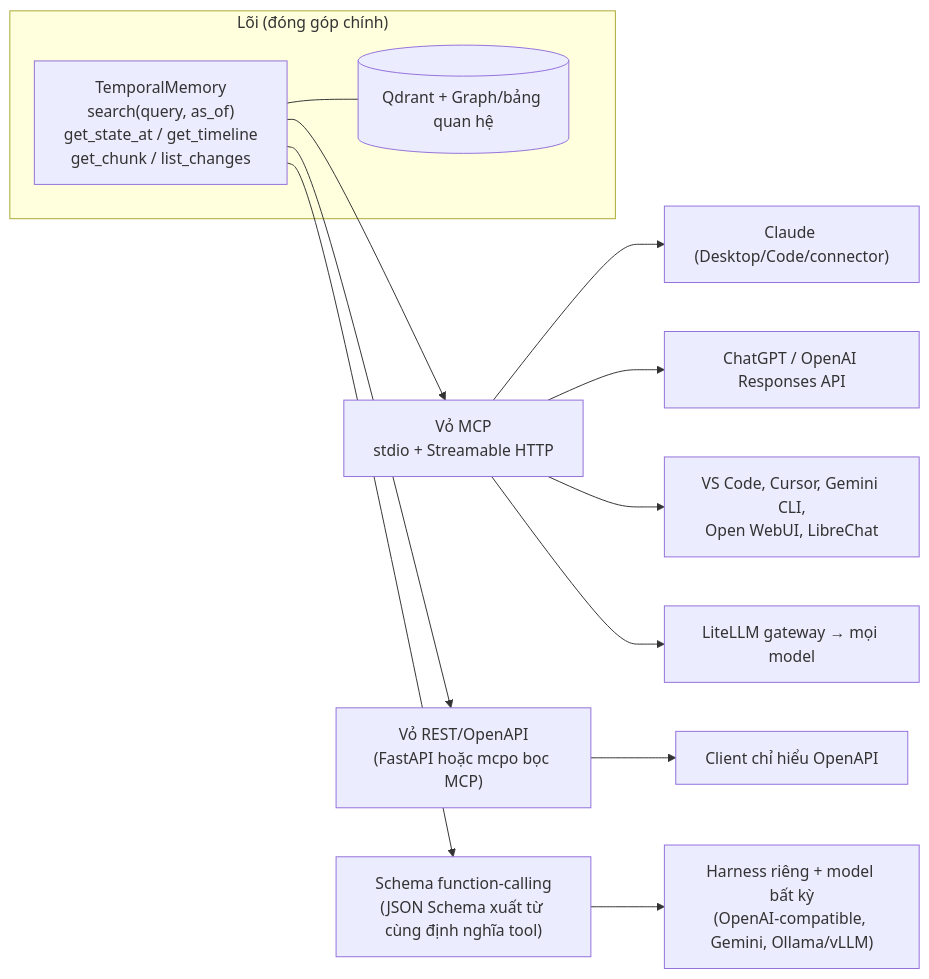
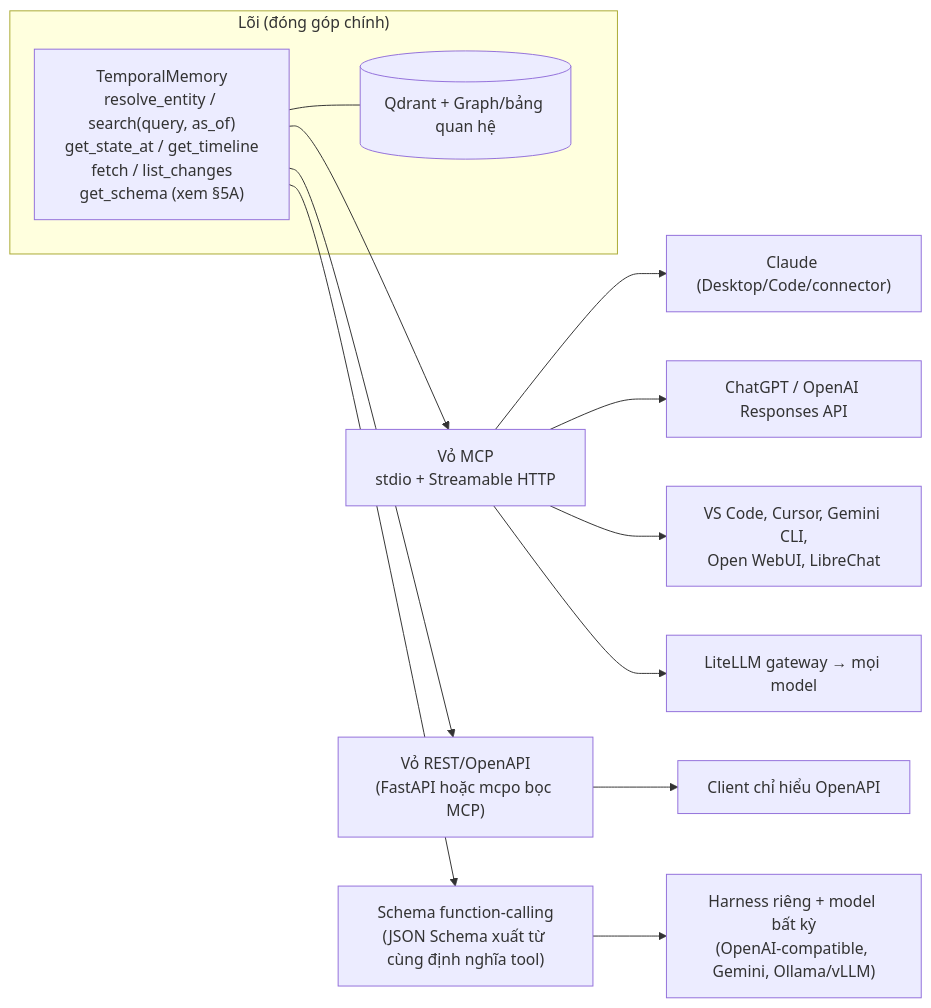
The diagram in docs/research/knowledge_representation_and_integration/12_Chatbot_vs_MCP_Server_Multi_LLM.md (khoatran18/time-aware-agentic-memory), drawn with Mermaid before and after one commit. The commit also changed other lines of this file and 11 other files, not shown here.

````diff
--- a/docs/research/knowledge_representation_and_integration/12_Chatbot_vs_MCP_Server_Multi_LLM.md
+++ b/docs/research/knowledge_representation_and_integration/12_Chatbot_vs_MCP_Server_Multi_LLM.md
@@ -30,17 +37,17 @@
 ```mermaid
 flowchart LR
     subgraph Core["Lõi (đóng góp chính)"]
-        TM["TemporalMemory<br/>search(query, as_of)<br/>get_state_at / get_timeline<br/>get_chunk / list_changes"]
+        TM["TemporalMemory<br/>resolve_entity / search(query, as_of)<br/>get_state_at / get_timeline<br/>fetch / list_changes<br/>get_schema (xem §5A)"]
         DB[("Qdrant + Graph/bảng quan hệ")]
         TM --- DB
     end
     TM --> MCP["Vỏ MCP<br/>stdio + Streamable HTTP"]
     TM --> REST["Vỏ REST/OpenAPI<br/>(FastAPI hoặc mcpo bọc MCP)"]
     TM --> FC["Schema function-calling<br/>(JSON Schema xuất từ cùng định nghĩa tool)"]
     MCP --> H1["Claude (Desktop/Code/connector)"]
     MCP --> H2["ChatGPT / OpenAI Responses API"]
     MCP --> H3["VS Code, Cursor, Gemini CLI,<br/>Open WebUI, LibreChat"]
     MCP --> H4["LiteLLM gateway → mọi model"]
     FC --> H5["Harness riêng + model bất kỳ<br/>(OpenAI-compatible, Gemini, Ollama/vLLM)"]
     REST --> H6["Client chỉ hiểu OpenAPI"]
 ```
````
